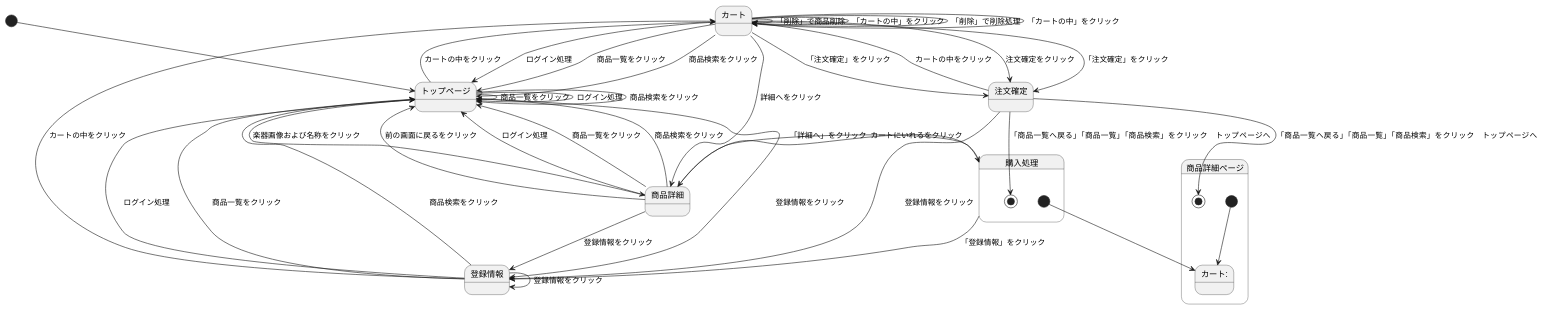
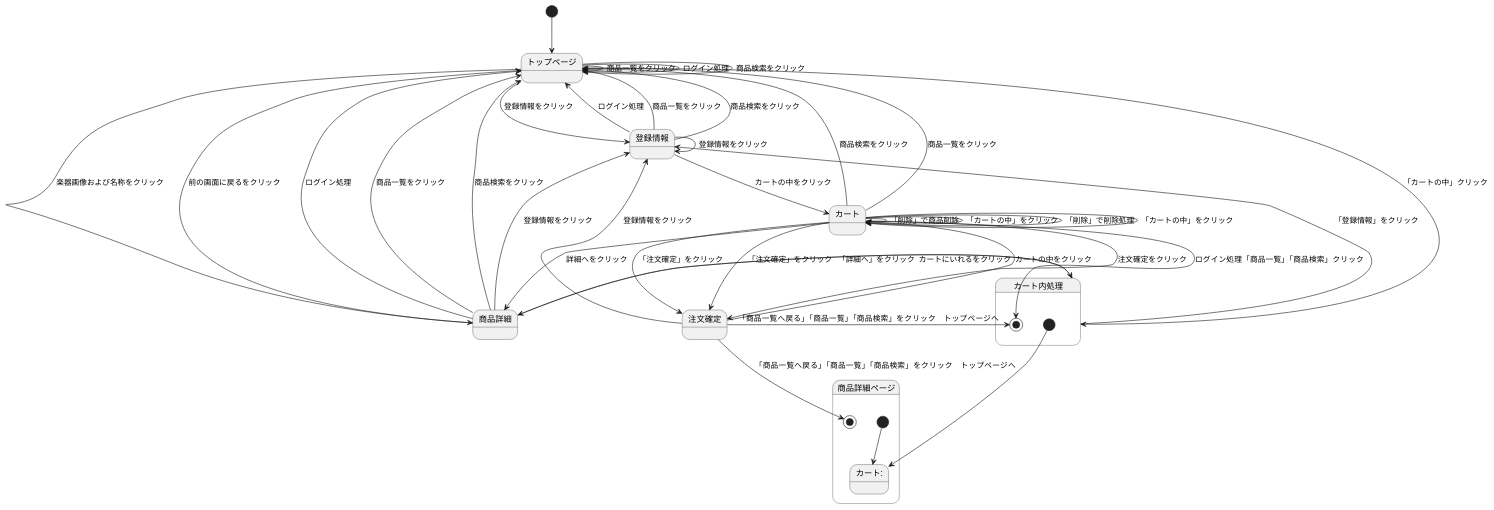
One commit to Aso2001374/2021sys-design changed the third of 3 diagrams in stm01.md. Above: the diagram before and after it, drawn with PlantUML.

````diff
--- a/stm01.md
+++ b/stm01.md
@@ -55,58 +55,59 @@
 ```uml
 @startuml
 [*] --> トップページ
 
 トップページ--> トップページ : 商品一覧をクリック
 トップページ--> トップページ : ログイン処理
 トップページ--> トップページ : 商品検索をクリック
-トップページ-left-> カート : カートの中をクリック
+トップページ--> カート内処理 : 「カートの中」クリック
 トップページ--> 登録情報 : 登録情報をクリック
 トップページ--> 商品詳細 : 楽器画像および名称をクリック
 
 
 商品詳細--> トップページ : 前の画面に戻るをクリック
 商品詳細--> トップページ : ログイン処理
 商品詳細--> トップページ : 商品一覧をクリック
 商品詳細--> トップページ : 商品検索をクリック
 商品詳細--> 登録情報 : 登録情報をクリック
 
 カート --> 商品詳細 : 詳細へをクリック
-カート --> トップページ : ログイン処理
+
 カート --> トップページ : 商品一覧をクリック
 カート --> トップページ : 商品検索をクリック
 
 カート-->注文確定 : 注文確定をクリック
 
 登録情報 --> トップページ : ログイン処理
 登録情報 --> トップページ : 商品一覧をクリック
 登録情報 --> トップページ : 商品検索をクリック
 登録情報 --> カート : カートの中をクリック
 登録情報 --> 登録情報 : 登録情報をクリック
 
 
 注文確定 --> カート : カートの中をクリック
 注文確定 --> 登録情報 : 登録情報をクリック
 
 state 商品詳細ページ{
 [*] --> カート:
 カート--> 注文確定: 「注文確定」をクリック
 カート--> カート: 「削除」で商品削除
 カート--> カート: 「カートの中」をクリック
 注文確定--> [*]: 「商品一覧へ戻る」「商品一覧」「商品検索」をクリック　トップページへ
 }
 
-商品詳細--> 購入処理 : カートにいれるをクリック
+商品詳細--> カート内処理 : カートにいれるをクリック
 
-state 購入処理{
+state カート内処理{
 [*] --> カート:
 カート--> 注文確定: 「注文確定」をクリック
 カート--> カート: 「削除」で削除処理
 カート--> カート: 「カートの中」をクリック
 注文確定--> [*]: 「商品一覧へ戻る」「商品一覧」「商品検索」をクリック　トップページへ
+カート--> [*]: ログイン処理「商品一覧」「商品検索」クリック
 }
-購入処理--> 商品詳細 : 「詳細へ」をクリック
-購入処理--> 登録情報 : 「登録情報」をクリック
+カート内処理--> 商品詳細 : 「詳細へ」をクリック
+カート内処理--> 登録情報 : 「登録情報」をクリック
 
 
 @enduml
 ```
````
